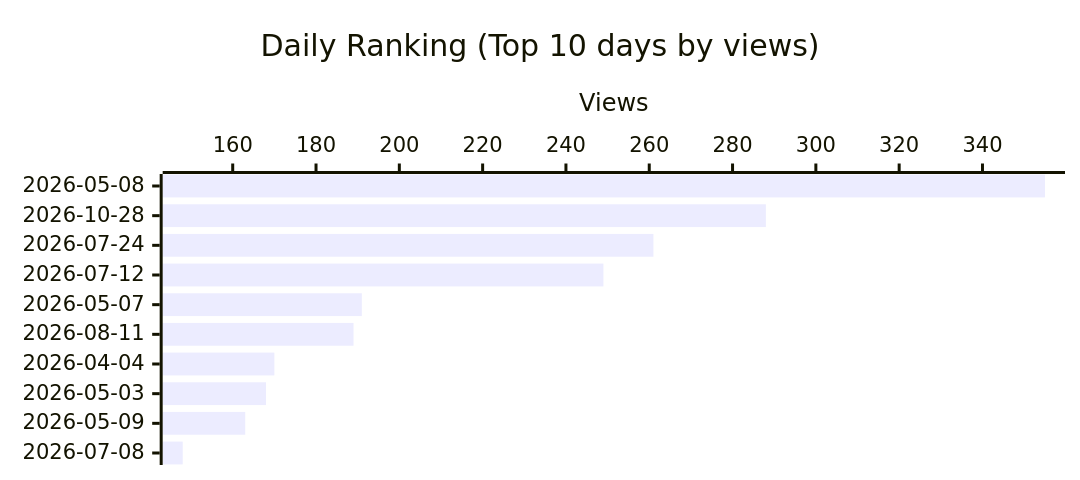
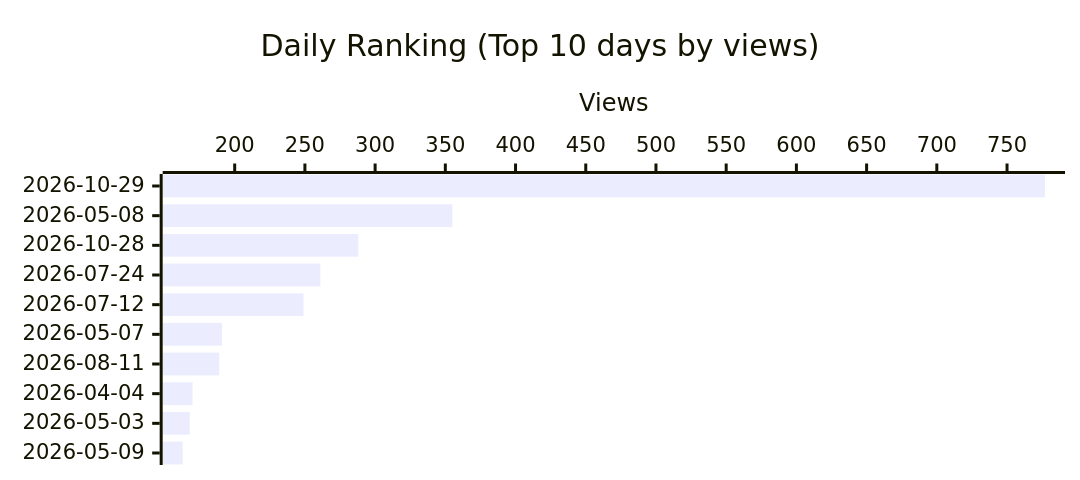
Before and after one commit to shigechika/github-insights: the third of 4 diagrams in README.md, drawn with Mermaid. The commit also changed other lines of this file and 1 other file, not shown here.

````diff
--- a/README.md
+++ b/README.md
@@ -43,12 +43,12 @@
 ```mermaid
 ---
 config:
   xyChart:
     height: 300
 ---
 xychart-beta horizontal
     title "Daily Ranking (Top 10 days by views)"
-    x-axis ["2026-05-08", "2026-10-28", "2026-07-24", "2026-07-12", "2026-05-07", "2026-08-11", "2026-04-04", "2026-05-03", "2026-05-09", "2026-07-08"]
+    x-axis ["2026-10-29", "2026-05-08", "2026-10-28", "2026-07-24", "2026-07-12", "2026-05-07", "2026-08-11", "2026-04-04", "2026-05-03", "2026-05-09"]
     y-axis "Views"
-    bar [355, 288, 261, 249, 191, 189, 170, 168, 163, 148]
+    bar [777, 355, 288, 261, 249, 191, 189, 170, 168, 163]
 ```
````
